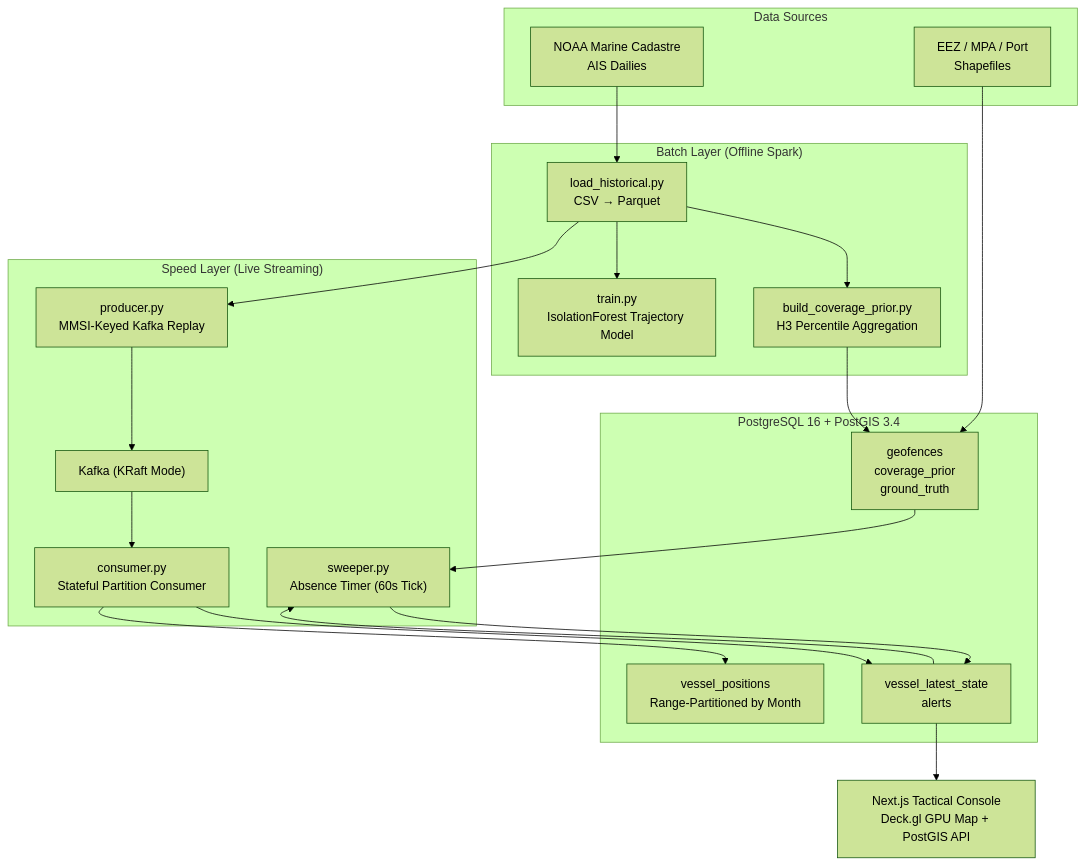
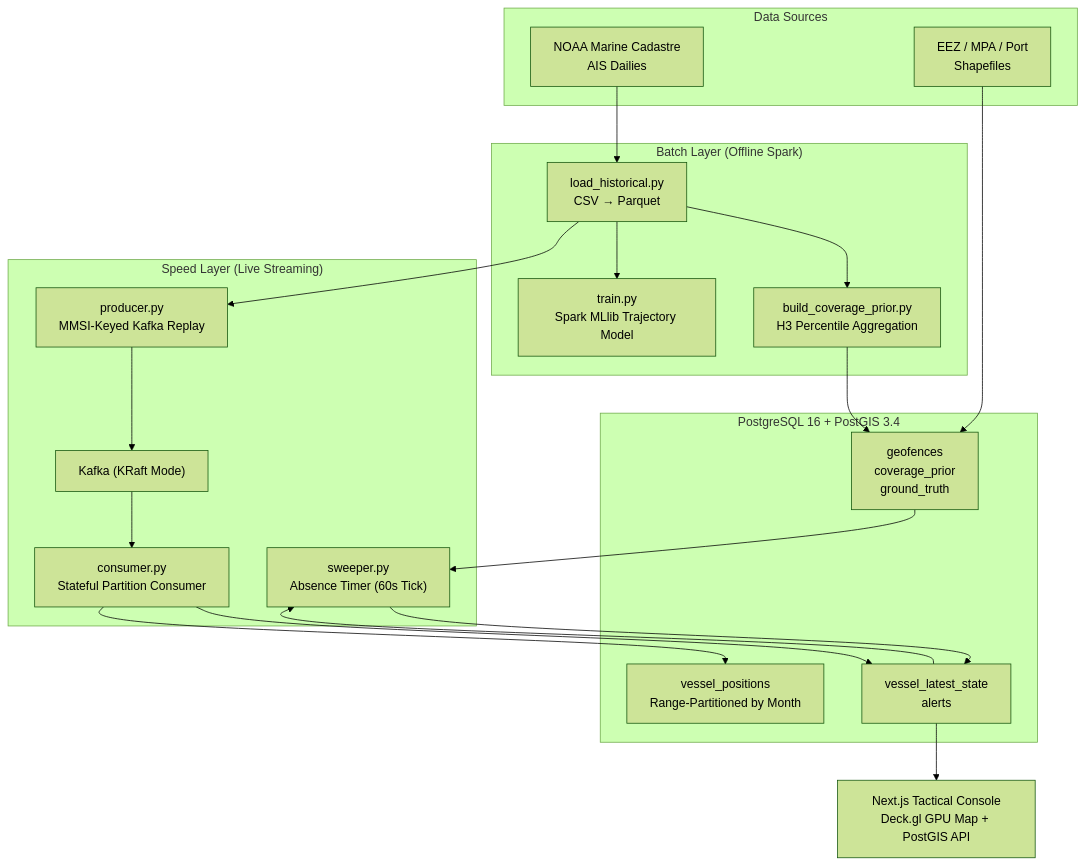
One commit to AnoushkaSamanta/big-data-project changed the diagram in README.md. Above: the diagram before and after it, drawn with Mermaid (forest theme). The commit also changed 36 other files, not shown here.

````diff
--- a/README.md
+++ b/README.md
@@ -9,37 +9,37 @@
 ```mermaid
 flowchart TB
     subgraph SRC["Data Sources"]
         MC["NOAA Marine Cadastre<br/>AIS Dailies"]
         GEO["EEZ / MPA / Port<br/>Shapefiles"]
     end
 
     subgraph BATCH["Batch Layer (Offline Spark)"]
         CLEAN["load_historical.py<br/>CSV → Parquet"]
         PRIOR["build_coverage_prior.py<br/>H3 Percentile Aggregation"]
-        TRAIN["train.py<br/>IsolationForest Trajectory Model"]
+        TRAIN["train.py<br/>Spark MLlib Trajectory Model"]
     end
 
     subgraph SPEED["Speed Layer (Live Streaming)"]
         PROD["producer.py<br/>MMSI-Keyed Kafka Replay"]
         K["Kafka (KRaft Mode)"]
         CONS["consumer.py<br/>Stateful Partition Consumer"]
         SWEEP["sweeper.py<br/>Absence Timer (60s Tick)"]
     end
 
     subgraph STORE["PostgreSQL 16 + PostGIS 3.4"]
         HOT["vessel_latest_state<br/>alerts"]
         COLD["vessel_positions<br/>Range-Partitioned by Month"]
         REF["geofences<br/>coverage_prior<br/>ground_truth"]
     end
 
     UI["Next.js Tactical Console<br/>Deck.gl GPU Map + PostGIS API"]
 
     MC --> CLEAN --> PRIOR --> REF
     CLEAN --> TRAIN
     GEO --> REF
     CLEAN --> PROD --> K --> CONS
     CONS --> HOT & COLD
     REF --> SWEEP
     HOT --> SWEEP --> HOT
     HOT --> UI
 ```
````
